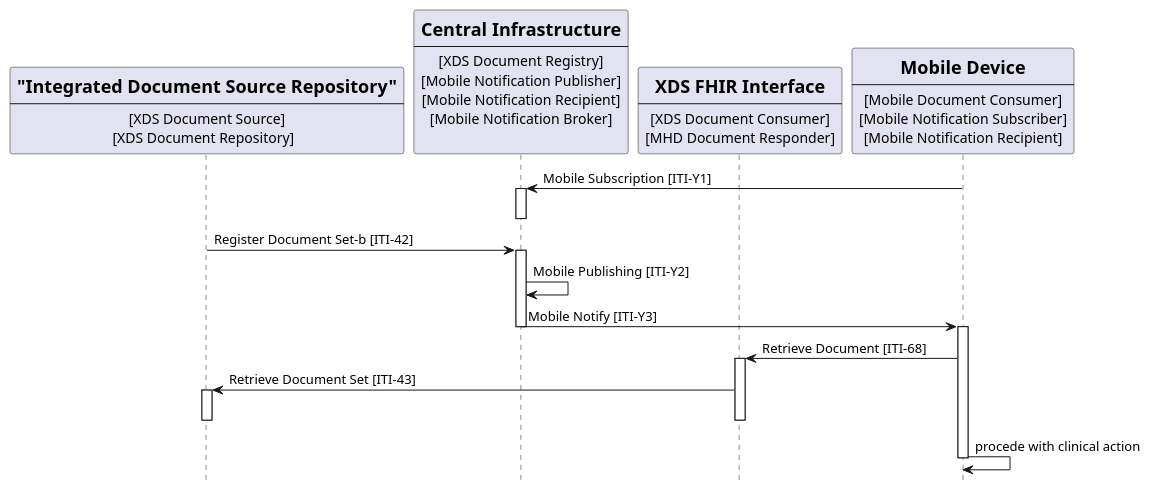
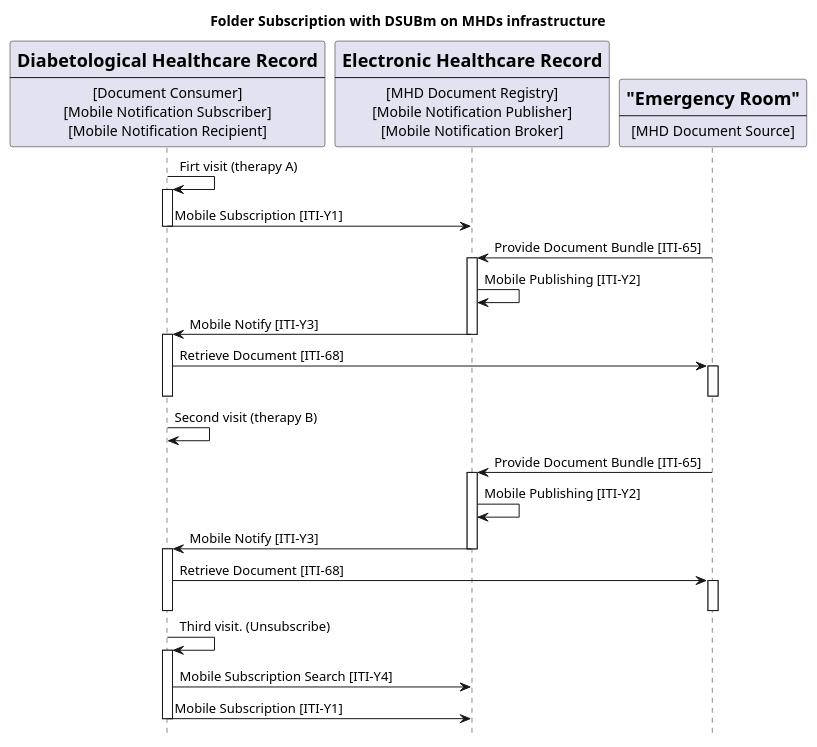
The diagram in input/images-source/usecase2-processflow.plantuml (IHE/ITI.DSUBm), drawn with PlantUML before and after one commit. The commit also changed 6 other files, not shown here.

```diff
--- a/input/images-source/usecase2-processflow.plantuml
+++ b/input/images-source/usecase2-processflow.plantuml
@@ -1,57 +1,70 @@
 @startuml
 skinparam svgDimensionStyle false
 hide footbox
+title "Folder Subscription with DSUBm on MHDs infrastructure" 
 
-participant Repository [
-    ="Integrated Document Source Repository"
+participant DHR [
+    = Diabetological Healthcare Record
     ----
-    [XDS Document Source]
-    [XDS Document Repository]  
-] 
-
-participant Central [
-    =Central Infrastructure
-    ----
-    [XDS Document Registry]
-    [Mobile Notification Publisher]
-    [Mobile Notification Recipient]
-    [Mobile Notification Broker]
-    
-] 
-
-participant XDSonFHIR [
-    =XDS FHIR Interface
-    ----
-    [XDS Document Consumer]
-    [MHD Document Responder]
-] 
-
-participant NurseTablet [
-    =Mobile Device
-    ----
-    [Mobile Document Consumer]
+    [Document Consumer]
     [Mobile Notification Subscriber]
     [Mobile Notification Recipient]
 ] 
 
-NurseTablet -> Central: Mobile Subscription [ITI-Y1]
-activate Central
-deactivate Central
-
-Repository -> Central: Register Document Set-b [ITI-42]
-activate Central
-Central -> Central :  Mobile Publishing [ITI-Y2]
-Central -> NurseTablet: Mobile Notify [ITI-Y3]
-deactivate Central
-activate NurseTablet
-NurseTablet -> XDSonFHIR: Retrieve Document [ITI-68]
-activate XDSonFHIR
-XDSonFHIR -> Repository: Retrieve Document Set [ITI-43]
-activate Repository
-deactivate XDSonFHIR
-deactivate Repository
-NurseTablet -> NurseTablet: procede with clinical action
-deactivate NurseTablet
 
 
+participant Central [
+    =Electronic Healthcare Record
+    ----
+    [MHD Document Registry]
+    [Mobile Notification Publisher]
+    [Mobile Notification Broker]
+] 
+
+participant ER [
+    ="Emergency Room"
+    ----
+    [MHD Document Source]
+] 
+
+
+
+
+DHR -> DHR: Firt visit (therapy A)
+activate DHR
+DHR -> Central:  Mobile Subscription [ITI-Y1]
+deactivate DHR
+
+ER->Central:  Provide Document Bundle [ITI-65]
+activate Central 
+Central -> Central: Mobile Publishing [ITI-Y2]
+Central -> DHR: Mobile Notify [ITI-Y3]
+deactivate Central
+activate DHR
+
+DHR -> ER: Retrieve Document [ITI-68]
+activate ER
+deactivate ER
+deactivate DHR 
+
+DHR -> DHR: Second visit (therapy B)
+
+ER->Central:  Provide Document Bundle [ITI-65]
+activate Central 
+Central -> Central: Mobile Publishing [ITI-Y2]
+Central -> DHR: Mobile Notify [ITI-Y3]
+deactivate Central
+activate DHR
+
+DHR -> ER: Retrieve Document [ITI-68]
+activate ER
+deactivate ER
+deactivate DHR 
+
+DHR -> DHR: Third visit. (Unsubscribe)
+activate DHR
+DHR -> Central: Mobile Subscription Search [ITI-Y4]
+DHR -> Central: Mobile Subscription [ITI-Y1]	
+deactivate DHR
+
 @enduml
```
